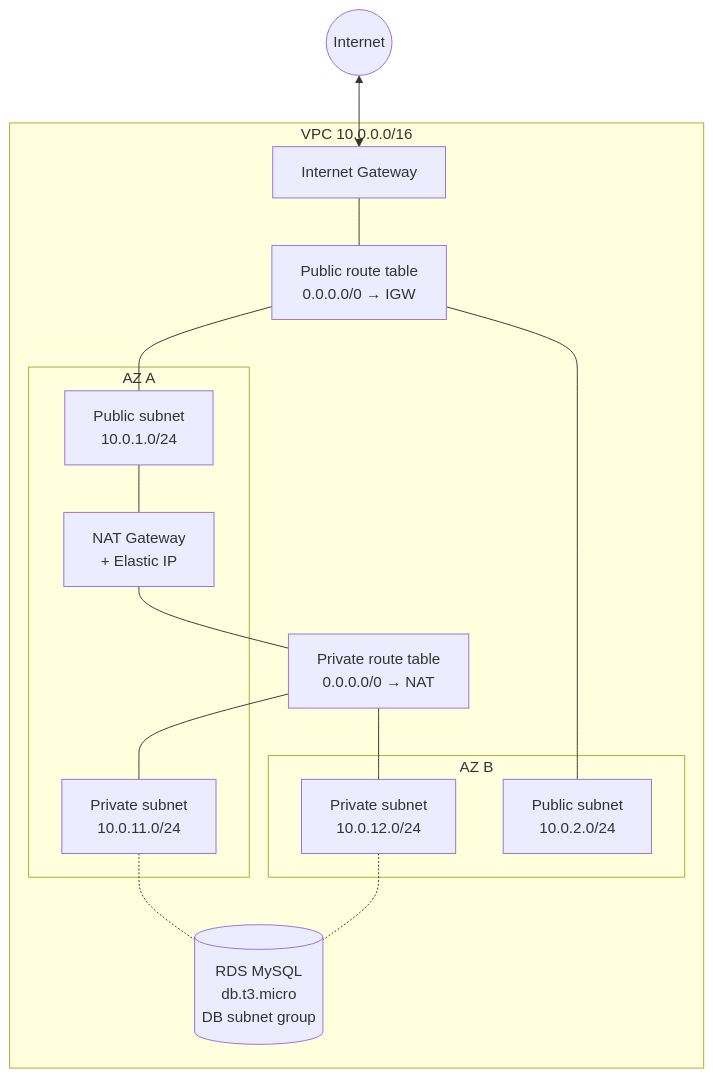
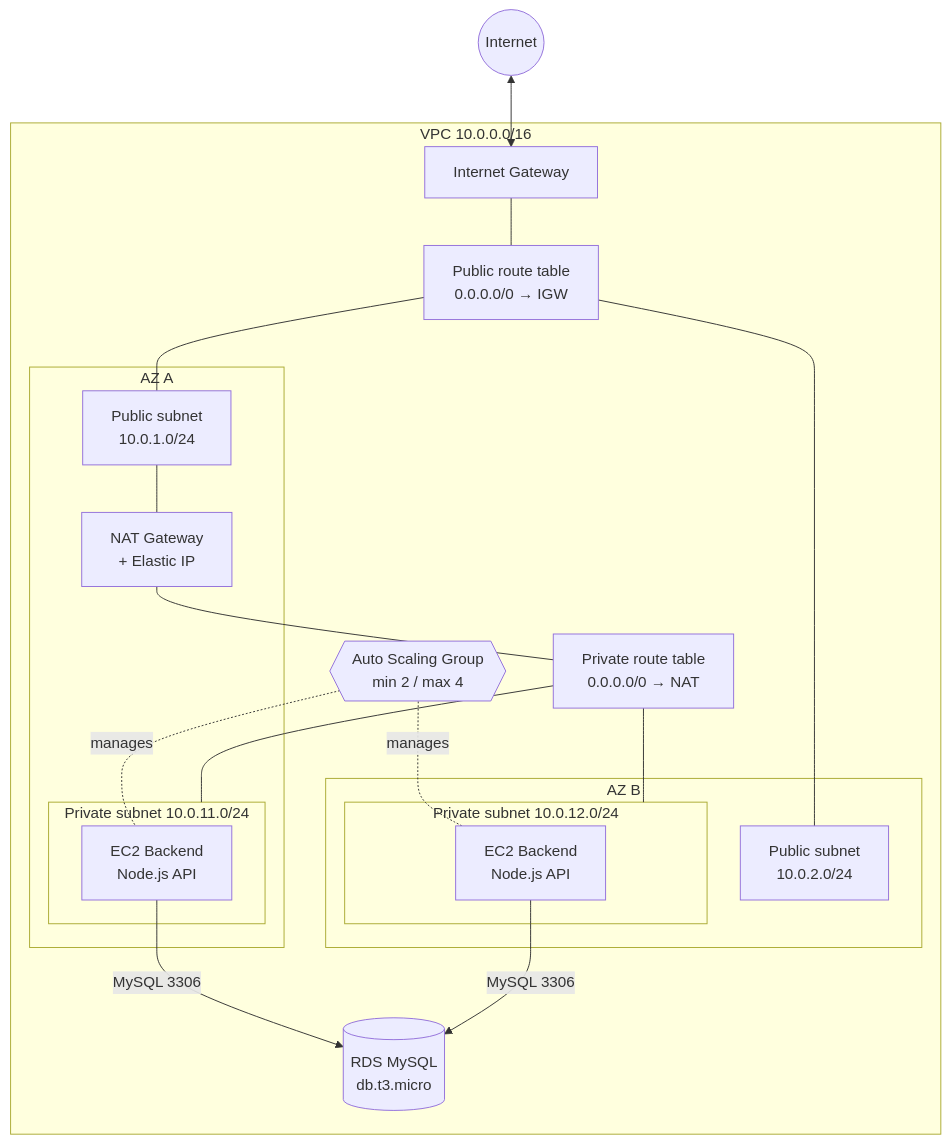
One commit to samibhiri/aws-terraform-ha-fullstack changed the first of 2 diagrams in README.md. Above: the diagram before and after it, drawn with Mermaid. The commit also changed other lines of this file and 1 other file, not shown here.

First line of the commit message:
feat(backend): add auto scaling group across private subnets

````diff
--- a/README.md
+++ b/README.md
@@ -18,34 +18,41 @@
 ```mermaid
 flowchart TB
     internet((Internet))
 
     subgraph VPC["VPC 10.0.0.0/16"]
         igw[Internet Gateway]
         rtpub[Public route table<br/>0.0.0.0/0 → IGW]
         rtpriv[Private route table<br/>0.0.0.0/0 → NAT]
 
         subgraph AZA["AZ A"]
             pubA[Public subnet<br/>10.0.1.0/24]
             nat[NAT Gateway<br/>+ Elastic IP]
-            privA[Private subnet<br/>10.0.11.0/24]
+            subgraph privA["Private subnet 10.0.11.0/24"]
+                be1[EC2 Backend<br/>Node.js API]
+            end
         end
 
         subgraph AZB["AZ B"]
             pubB[Public subnet<br/>10.0.2.0/24]
-            privB[Private subnet<br/>10.0.12.0/24]
+            subgraph privB["Private subnet 10.0.12.0/24"]
+                be2[EC2 Backend<br/>Node.js API]
+            end
         end
 
-        rds[(RDS MySQL<br/>db.t3.micro<br/>DB subnet group)]
+        asg{{Auto Scaling Group<br/>min 2 / max 4}}
+        rds[(RDS MySQL<br/>db.t3.micro)]
     end
 
     internet <--> igw
     igw --- rtpub
     rtpub --- pubA
     rtpub --- pubB
     pubA --- nat
     nat --- rtpriv
     rtpriv --- privA
     rtpriv --- privB
-    privA -.- rds
-    privB -.- rds
+    asg -.manages.- be1
+    asg -.manages.- be2
+    be1 -->|MySQL 3306| rds
+    be2 -->|MySQL 3306| rds
 ```
````
